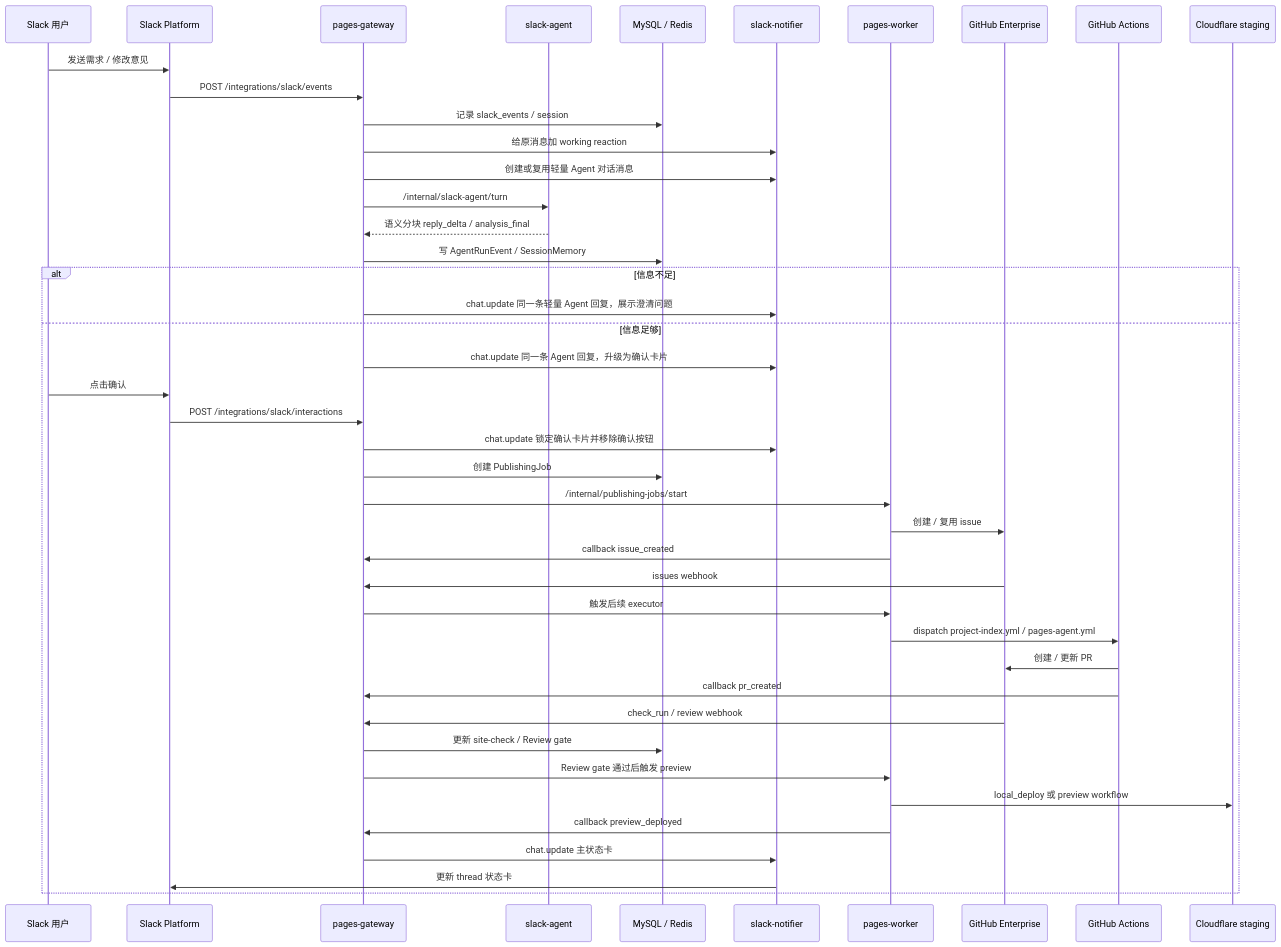
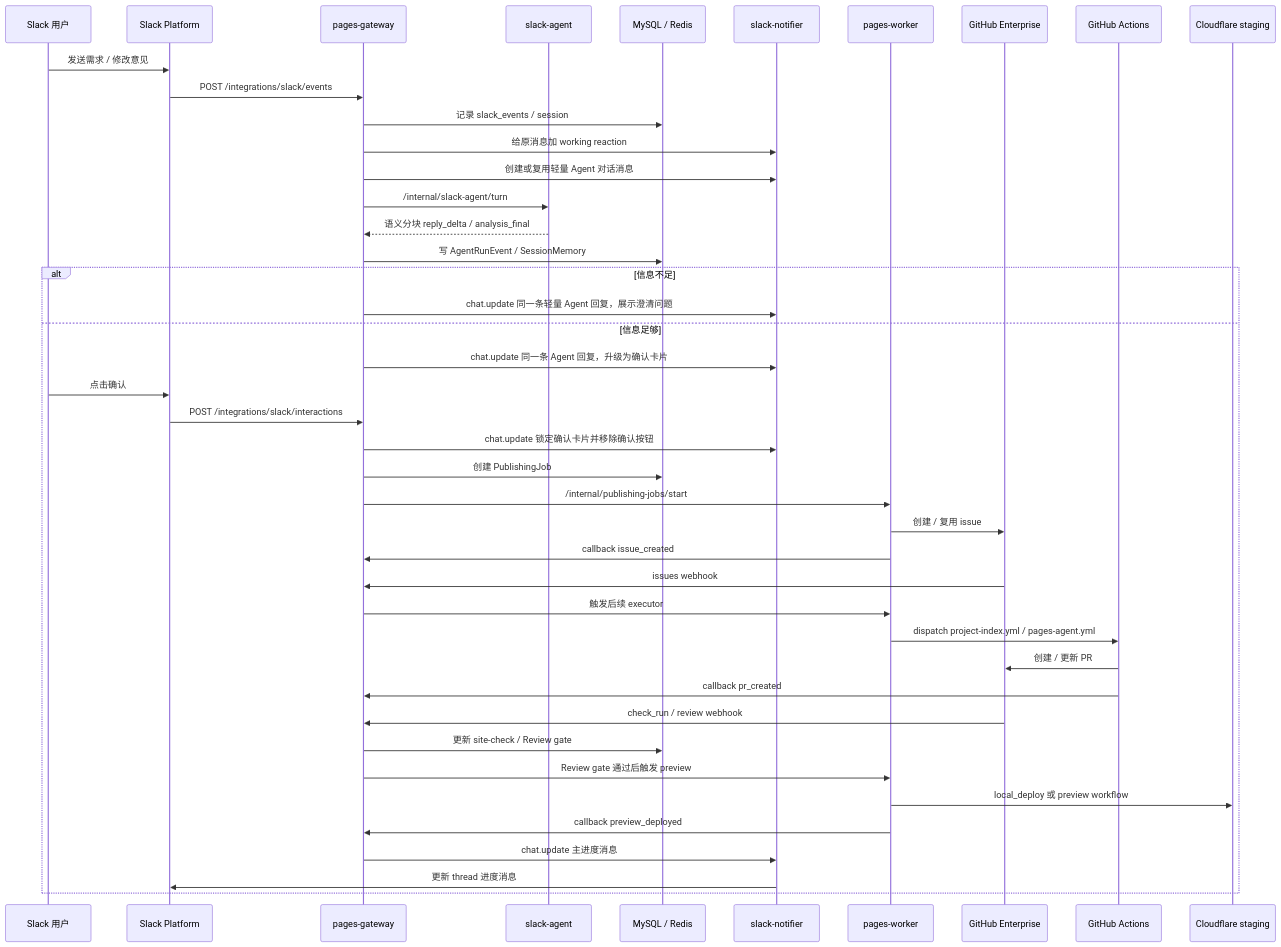
The first of 2 diagrams in docs/architecture/end-to-end-flow.md (qaj701224-blip/pages-manager), drawn with Mermaid before and after one commit. The commit also changed other lines of this file and 53 other files, not shown here.

````diff
--- a/docs/architecture/end-to-end-flow.md
+++ b/docs/architecture/end-to-end-flow.md
@@ -22,47 +39,47 @@
 ```mermaid
 sequenceDiagram
   participant U as Slack 用户
   participant S as Slack Platform
   participant G as pages-gateway
   participant A as slack-agent
   participant DB as MySQL / Redis
   participant N as slack-notifier
   participant W as pages-worker
   participant GH as GitHub Enterprise
   participant ACT as GitHub Actions
   participant CF as Cloudflare staging
 
   U->>S: 发送需求 / 修改意见
   S->>G: POST /integrations/slack/events
   G->>DB: 记录 slack_events / session
   G->>N: 给原消息加 working reaction
   G->>N: 创建或复用轻量 Agent 对话消息
   G->>A: /internal/slack-agent/turn
   A-->>G: 语义分块 reply_delta / analysis_final
   G->>DB: 写 AgentRunEvent / SessionMemory
 
   alt 信息不足
     G->>N: chat.update 同一条轻量 Agent 回复，展示澄清问题
   else 信息足够
     G->>N: chat.update 同一条 Agent 回复，升级为确认卡片
     U->>S: 点击确认
     S->>G: POST /integrations/slack/interactions
     G->>N: chat.update 锁定确认卡片并移除确认按钮
     G->>DB: 创建 PublishingJob
     G->>W: /internal/publishing-jobs/start
     W->>GH: 创建 / 复用 issue
     W->>G: callback issue_created
     GH->>G: issues webhook
     G->>W: 触发后续 executor
     W->>ACT: dispatch project-index.yml / pages-agent.yml
     ACT->>GH: 创建 / 更新 PR
     ACT->>G: callback pr_created
     GH->>G: check_run / review webhook
     G->>DB: 更新 site-check / Review gate
     G->>W: Review gate 通过后触发 preview
     W->>CF: local_deploy 或 preview workflow
     W->>G: callback preview_deployed
-    G->>N: chat.update 主状态卡
-    N->>S: 更新 thread 状态卡
+    G->>N: chat.update 主进度消息
+    N->>S: 更新 thread 进度消息
   end
 ```
````
